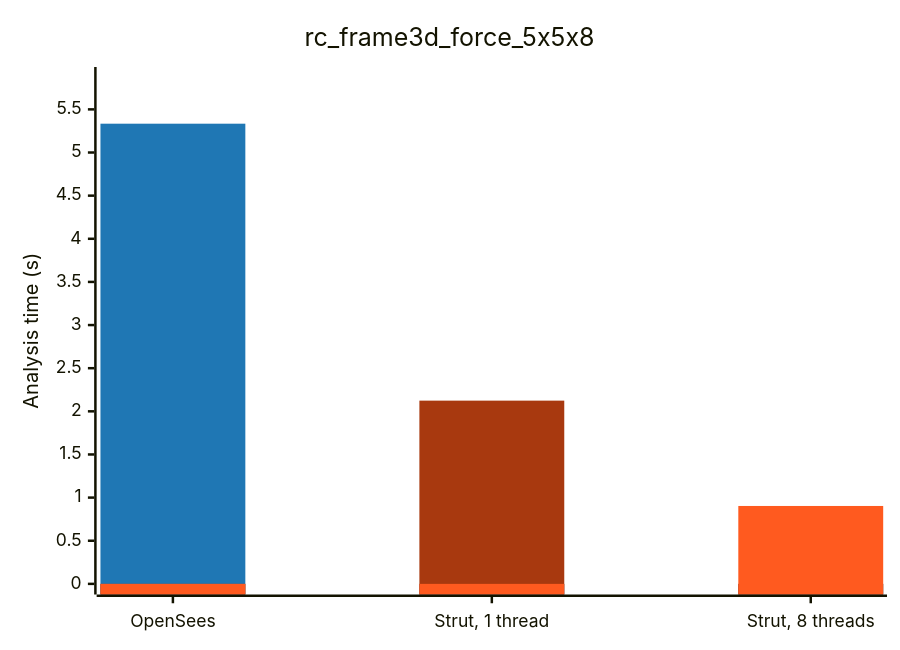
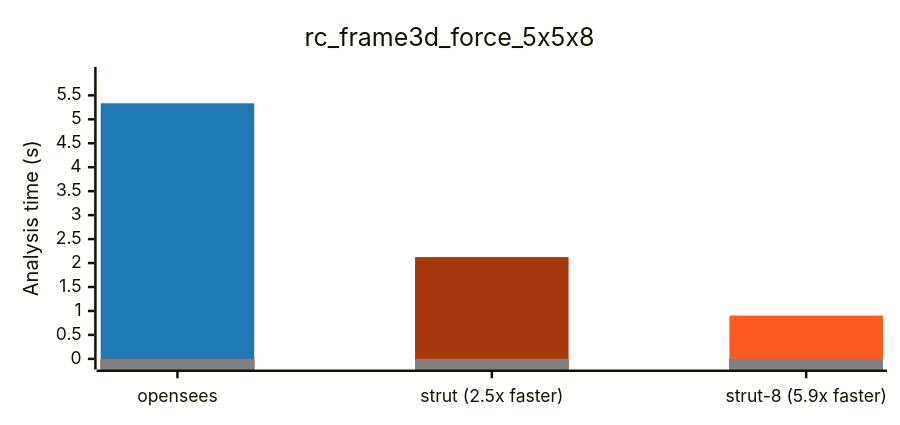
Before and after one commit to NathanaelRea/Strut: the second of 5 diagrams in docs/benchmark-opensees-examples.md, drawn with Mermaid. The commit also changed other lines of this file and 5 other files, not shown here.

````diff
--- a/docs/benchmark-opensees-examples.md
+++ b/docs/benchmark-opensees-examples.md
@@ -42,15 +46,18 @@
 ```mermaid
 ---
 config:
+  xyChart:
+    height: 320
   themeVariables:
     xyChart:
-      plotColorPalette: '#1f77b4, #a8390f, #FF5A1F'
+      plotColorPalette: '#1f77b4, #a8390f, #FF5A1F, #808080'
 ---
 xychart-beta
     title "rc_frame3d_force_5x5x8"
-    x-axis ["OpenSees", "Strut, 1 thread", "Strut, 8 threads"]
-    y-axis "Analysis time (s)" 0 --> 5.868
-    bar "OS" [5.334, 0.0, 0.0]
-    bar "STR1" [0.0, 2.124, 0.0]
-    bar "STR" [0.0, 0.0, 0.903]
+    x-axis ["opensees", "strut (2.5x faster)", "strut-8 (5.9x faster)"]
+    y-axis "Analysis time (s)" 0 --> 5.87
+    bar [5.334, 0, 0]
+    bar [0, 2.124, 0]
+    bar [0, 0, 0.903]
+    bar [0, 0, 0]
 ```
````
